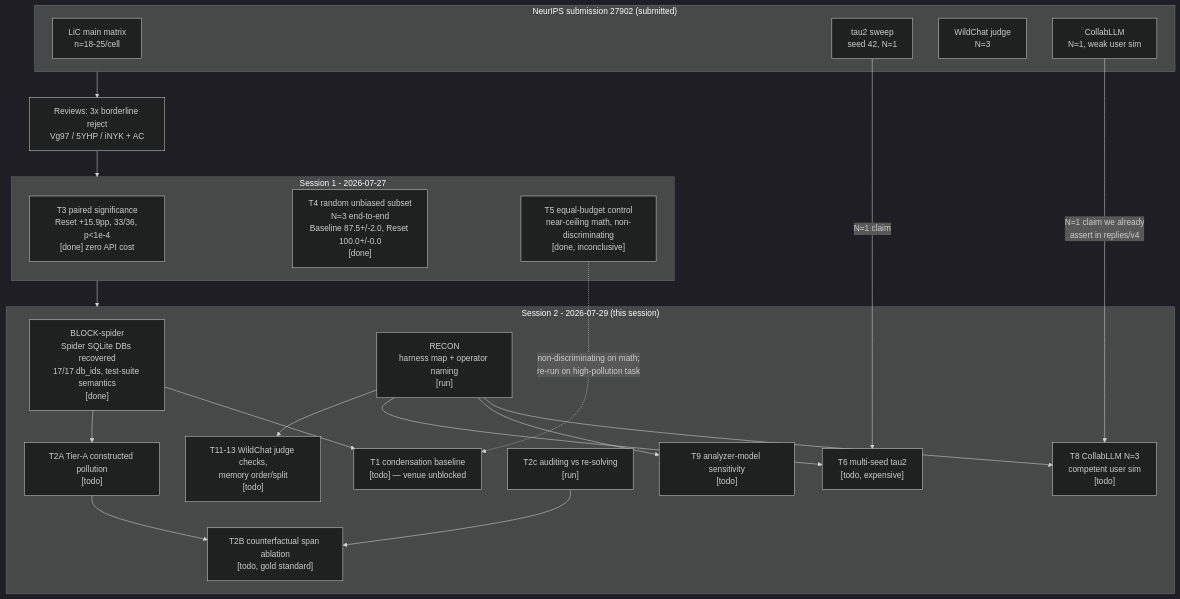
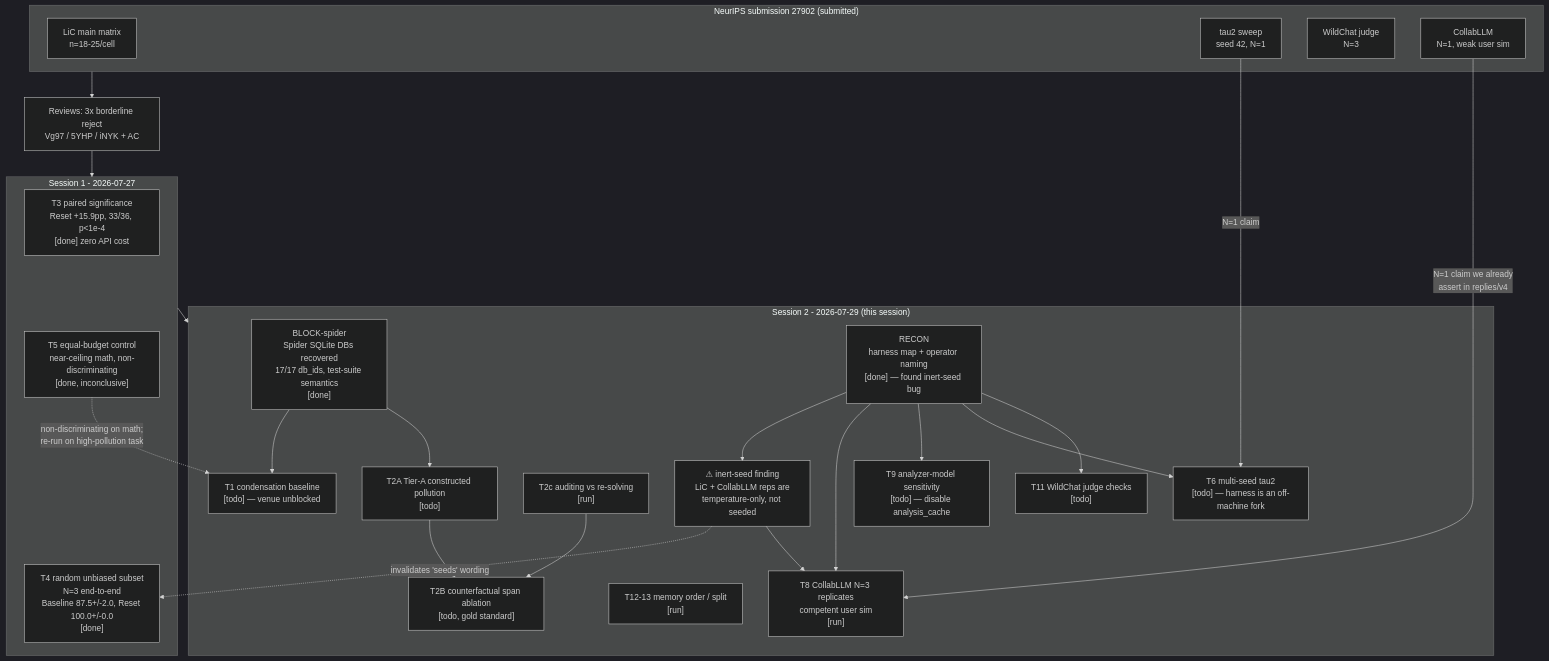
One commit to matt-seb-ho/ctx_editor changed the diagram in neurips_review/autoresearch/PROVENANCE.md. Above: the diagram before and after it, drawn with Mermaid (dark theme).

Commit message:
docs(rebuttal): update provenance graph with seed finding

````diff
--- a/neurips_review/autoresearch/PROVENANCE.md
+++ b/neurips_review/autoresearch/PROVENANCE.md
@@ -11,46 +11,51 @@
 ```mermaid
 graph TD
   subgraph PAPER["NeurIPS submission 27902 (submitted)"]
     P0["LiC main matrix<br/>n=18-25/cell"]
     P1["tau2 sweep<br/>seed 42, N=1"]
     P2["WildChat judge<br/>N=3"]
     P3["CollabLLM<br/>N=1, weak user sim"]
   end
 
   R["Reviews: 3x borderline reject<br/>Vg97 / 5YHP / iNYK + AC"]
   PAPER --> R
 
   subgraph S1["Session 1 - 2026-07-27"]
     T3["T3 paired significance<br/>Reset +15.9pp, 33/36, p&lt;1e-4<br/>[done] zero API cost"]
     T4["T4 random unbiased subset<br/>N=3 end-to-end<br/>Baseline 87.5+/-2.0, Reset 100.0+/-0.0<br/>[done]"]
     T5["T5 equal-budget control<br/>near-ceiling math, non-discriminating<br/>[done, inconclusive]"]
   end
   R --> S1
 
   subgraph S2["Session 2 - 2026-07-29 (this session)"]
     BLK["BLOCK-spider<br/>Spider SQLite DBs recovered<br/>17/17 db_ids, test-suite semantics<br/>[done]"]
-    RC["RECON<br/>harness map + operator naming<br/>[run]"]
-    T8["T8 CollabLLM N=3<br/>competent user sim<br/>[todo]"]
-    T9["T9 analyzer-model sensitivity<br/>[todo]"]
+    RC["RECON<br/>harness map + operator naming<br/>[done] — found inert-seed bug"]
+    T8["T8 CollabLLM N=3 replicates<br/>competent user sim<br/>[run]"]
+    T9["T9 analyzer-model sensitivity<br/>[todo] — disable analysis_cache"]
     T2A["T2A Tier-A constructed pollution<br/>[todo]"]
     T2C["T2c auditing vs re-solving<br/>[run]"]
     T1["T1 condensation baseline<br/>[todo] — venue unblocked"]
-    T11["T11-13 WildChat judge checks,<br/>memory order/split<br/>[todo]"]
-    T6["T6 multi-seed tau2<br/>[todo, expensive]"]
+    T11["T11 WildChat judge checks<br/>[todo]"]
+    T12["T12-13 memory order / split<br/>[run]"]
+    T6["T6 multi-seed tau2<br/>[todo] — harness is an off-machine fork"]
     T2B["T2B counterfactual span ablation<br/>[todo, gold standard]"]
+    SEED["⚠ inert-seed finding<br/>LiC + CollabLLM reps are<br/>temperature-only, not seeded"]
   end
   S1 --> S2
 
+  RC --> SEED
+  SEED -.->|"invalidates 'seeds' wording"| T4
+  SEED --> T8
   RC --> T8
   RC --> T9
   RC --> T6
   RC --> T11
   BLK --> T1
   BLK --> T2A
   T5 -.->|"non-discriminating on math;<br/>re-run on high-pollution task"| T1
   T2A --> T2B
   T2C --> T2B
 
   P3 -->|"N=1 claim we already<br/>assert in replies/v4"| T8
   P1 -->|"N=1 claim"| T6
 ```
````
